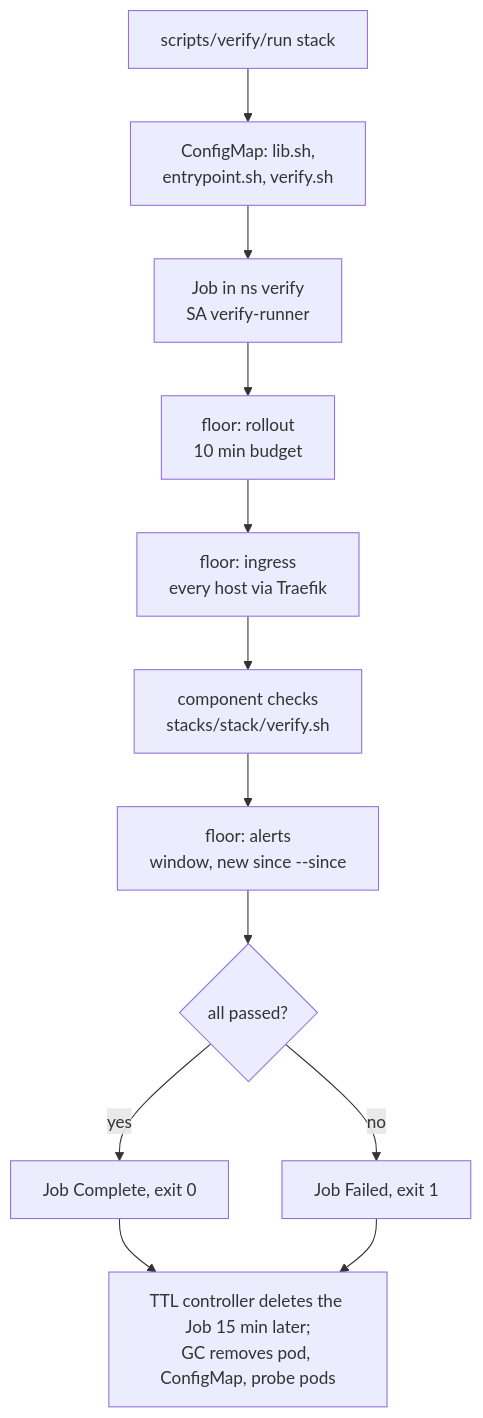
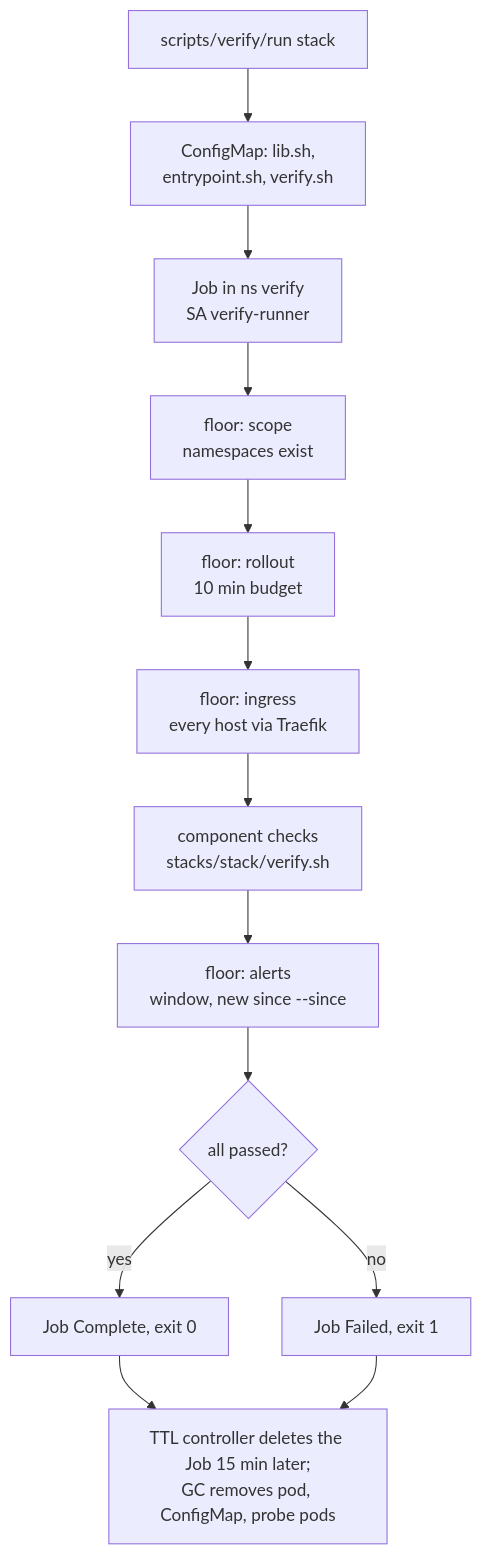
Before and after one commit to ViktorBarzin/infra: the diagram in docs/runbooks/verify-jobs.md, drawn with Mermaid. The commit also changed other lines of this file and 6 other files, not shown here.

First line of the commit message:
verify: run the floor on the namespaces a stack creates, fail when it finds none

````diff
--- a/docs/runbooks/verify-jobs.md
+++ b/docs/runbooks/verify-jobs.md
@@ -31,14 +35,15 @@
 ```mermaid
 flowchart TD
   R[scripts/verify/run stack] --> CM[ConfigMap: lib.sh,<br/>entrypoint.sh, verify.sh]
   CM --> J[Job in ns verify<br/>SA verify-runner]
-  J --> F1[floor: rollout<br/>10 min budget]
+  J --> F0[floor: scope<br/>namespaces exist]
+  F0 --> F1[floor: rollout<br/>10 min budget]
   F1 --> F2[floor: ingress<br/>every host via Traefik]
   F2 --> C[component checks<br/>stacks/stack/verify.sh]
   C --> F3[floor: alerts<br/>window, new since --since]
   F3 --> V{all passed?}
   V -->|yes| P[Job Complete, exit 0]
   V -->|no| X[Job Failed, exit 1]
   P --> D[TTL controller deletes the Job 15 min later;<br/>GC removes pod, ConfigMap, probe pods]
   X --> D
 ```
````
